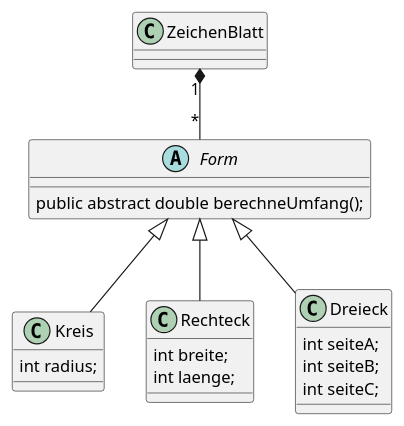
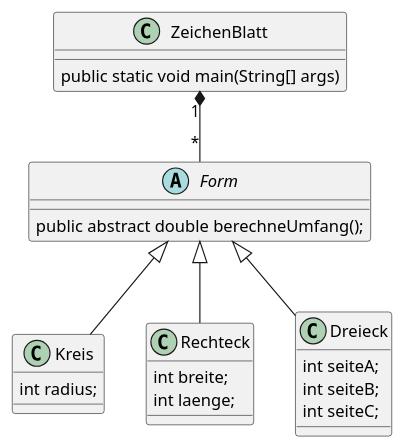
The diagram in docs/plantuml/vererbung.puml (kiltz/verbund-22), drawn with PlantUML before and after one commit.

Commit message:
UML und Main-Methode

```diff
--- a/docs/plantuml/vererbung.puml
+++ b/docs/plantuml/vererbung.puml
@@ -1,29 +1,30 @@
 @startuml
 
 abstract class  Form {
     public abstract double berechneUmfang();
 }
 
 class Kreis {
     int radius;
 }
 class Rechteck {
     int breite;
     int laenge;
 }
 class Dreieck {
     int seiteA;
     int seiteB;
     int seiteC;
 }
 
 class ZeichenBlatt {
+public static void main(String[] args)
 }
 
 ZeichenBlatt "1" *-- "*" Form
 
 Form <|-- Kreis
 Form <|-- Rechteck
 Form <|-- Dreieck
 
 @enduml
```
